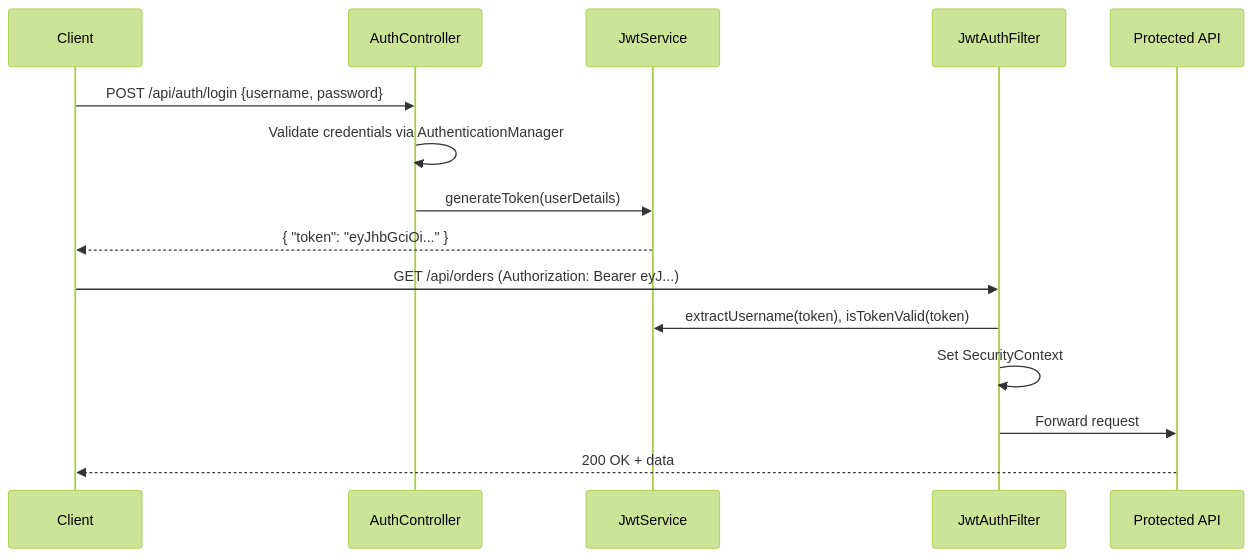
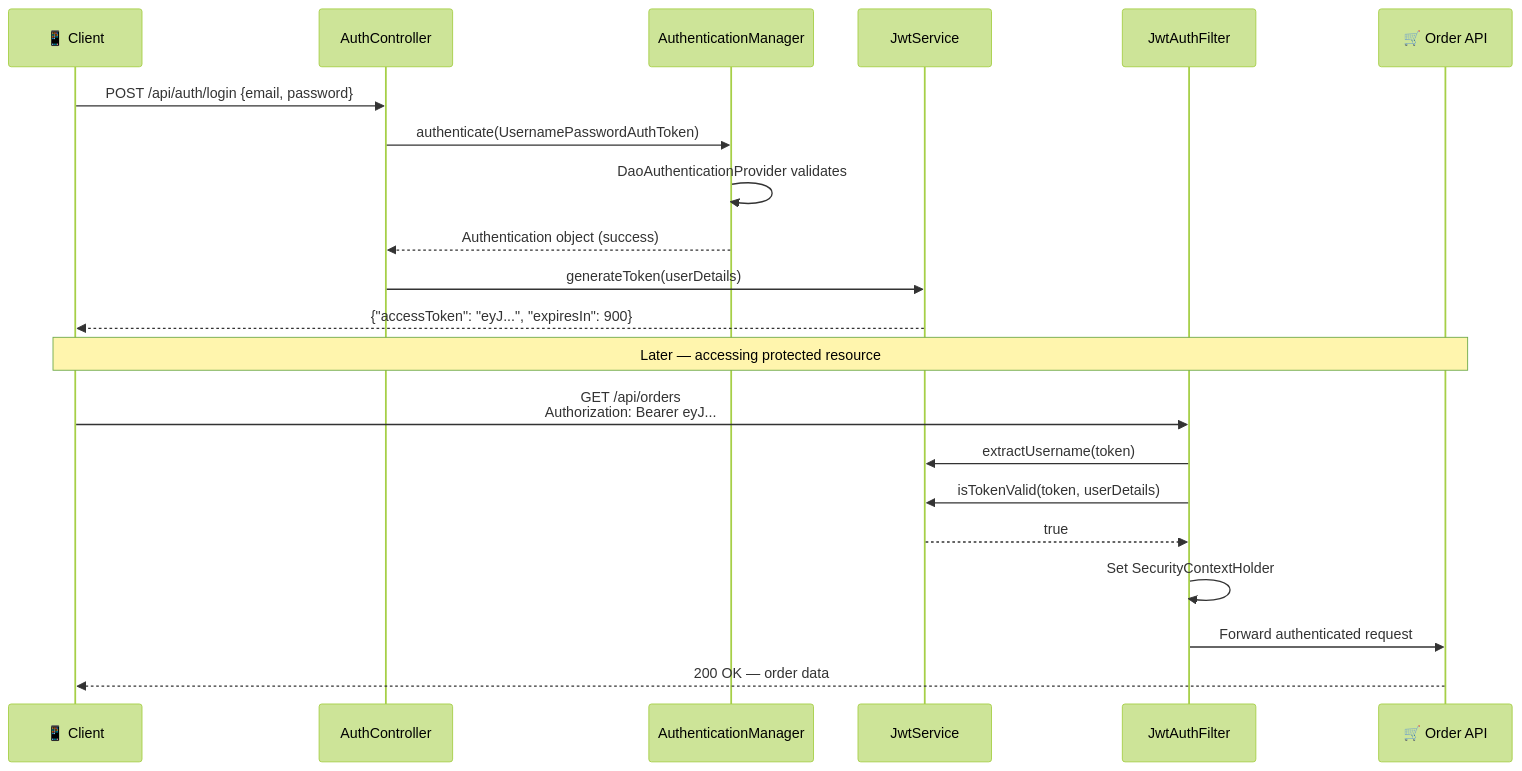
One commit to saivamsikaruturi/vamsilabs-dev-notes-main changed the third of 4 diagrams in docs/springboot/security.md. Above: the diagram before and after it, drawn with Mermaid (forest theme). The commit also changed other lines of this file and 21 other files, not shown here.

````diff
--- a/docs/springboot/security.md
+++ b/docs/springboot/security.md
@@ -215,18 +383,26 @@
 ```mermaid
 sequenceDiagram
-    participant Client
-    participant AuthController
-    participant JwtService
-    participant Filter as JwtAuthFilter
-    participant API as Protected API
+    participant C as 📱 Client
+    participant AC as AuthController
+    participant AM as AuthenticationManager
+    participant JWT as JwtService
+    participant F as JwtAuthFilter
+    participant API as 🛒 Order API
 
-    Client->>AuthController: POST /api/auth/login {username, password}
-    AuthController->>AuthController: Validate credentials via AuthenticationManager
-    AuthController->>JwtService: generateToken(userDetails)
-    JwtService-->>Client: { "token": "eyJhbGciOi..." }
-    Client->>Filter: GET /api/orders (Authorization: Bearer eyJ...)
-    Filter->>JwtService: extractUsername(token), isTokenValid(token)
-    Filter->>Filter: Set SecurityContext
-    Filter->>API: Forward request
-    API-->>Client: 200 OK + data
+    C->>AC: POST /api/auth/login {email, password}
+    AC->>AM: authenticate(UsernamePasswordAuthToken)
+    AM->>AM: DaoAuthenticationProvider validates
+    AM-->>AC: Authentication object (success)
+    AC->>JWT: generateToken(userDetails)
+    JWT-->>C: {"accessToken": "eyJ...", "expiresIn": 900}
+
+    Note over C,API: Later — accessing protected resource
+
+    C->>F: GET /api/orders<br/>Authorization: Bearer eyJ...
+    F->>JWT: extractUsername(token)
+    F->>JWT: isTokenValid(token, userDetails)
+    JWT-->>F: true
+    F->>F: Set SecurityContextHolder
+    F->>API: Forward authenticated request
+    API-->>C: 200 OK — order data
 ```
````
